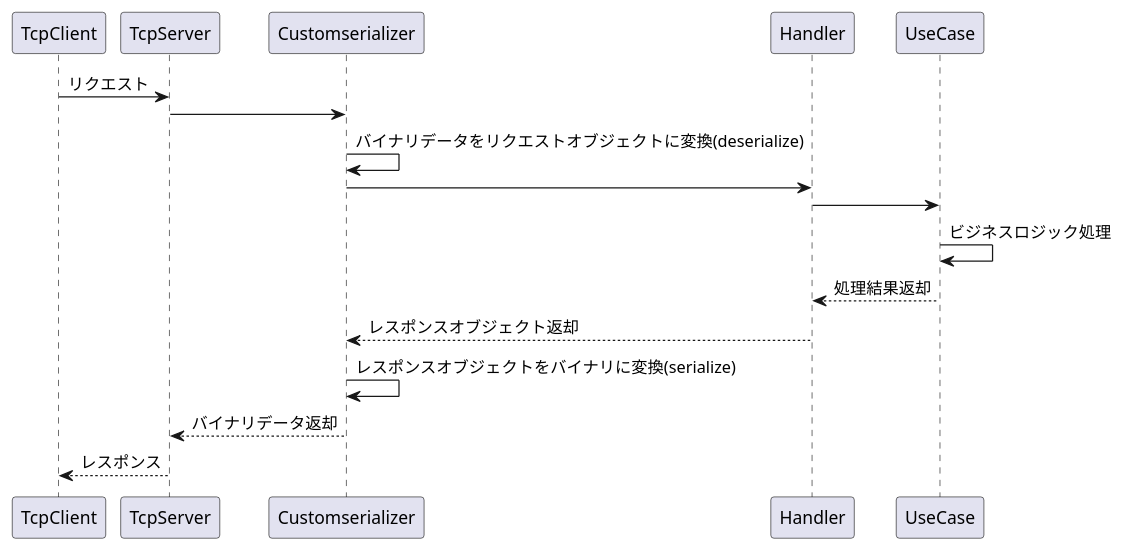
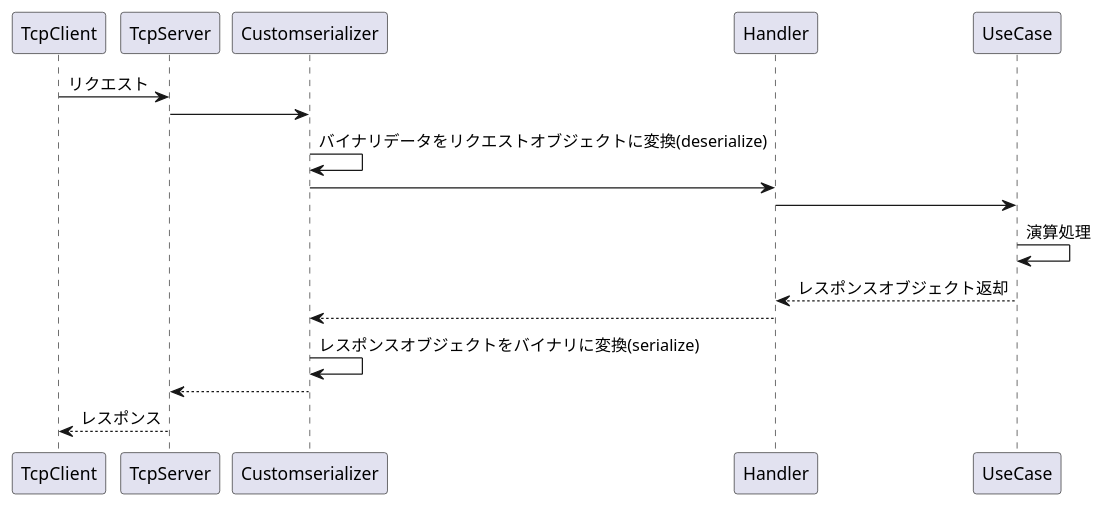
The diagram in docs/tcpServerFlow.pu (INatsukiI/practice-spring-boot-tcp), drawn with PlantUML before and after one commit. The commit also changed 5 other files, not shown here.

```diff
--- a/docs/tcpServerFlow.pu
+++ b/docs/tcpServerFlow.pu
@@ -1,20 +1,20 @@
 @startuml
 participant TcpClient as Client
 participant TcpServer as Server
 participant Customserializer as serializer
 participant Handler as handler
 participant UseCase as uc
 
 Client -> Server: リクエスト
 Server -> serializer
 serializer -> serializer: バイナリデータをリクエストオブジェクトに変換(deserialize)
 serializer -> handler
 handler -> uc
-uc -> uc: ビジネスロジック処理
-uc --> handler: 処理結果返却
-handler --> serializer: レスポンスオブジェクト返却
+uc -> uc: 演算処理
+uc --> handler: レスポンスオブジェクト返却
+handler --> serializer
 serializer -> serializer: レスポンスオブジェクトをバイナリに変換(serialize)
-serializer --> Server: バイナリデータ返却
+serializer --> Server
 Server --> Client: レスポンス
 
 @enduml
```
